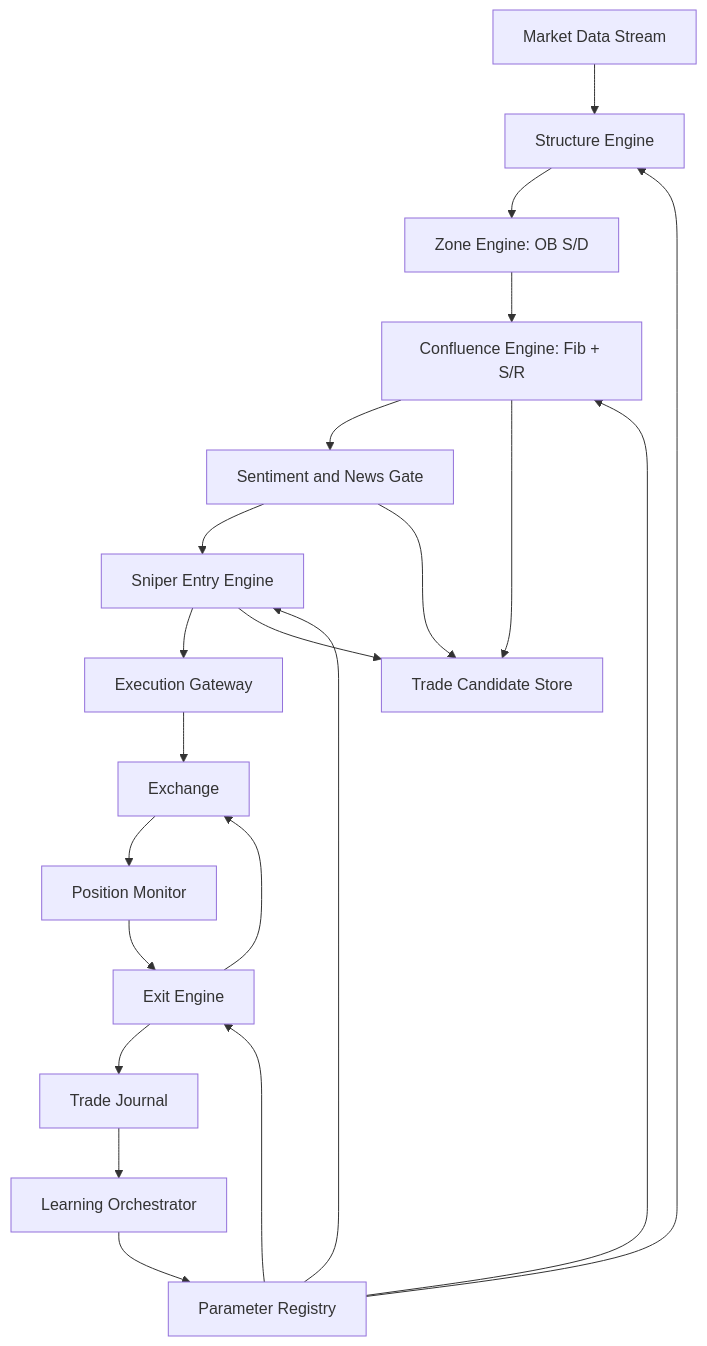
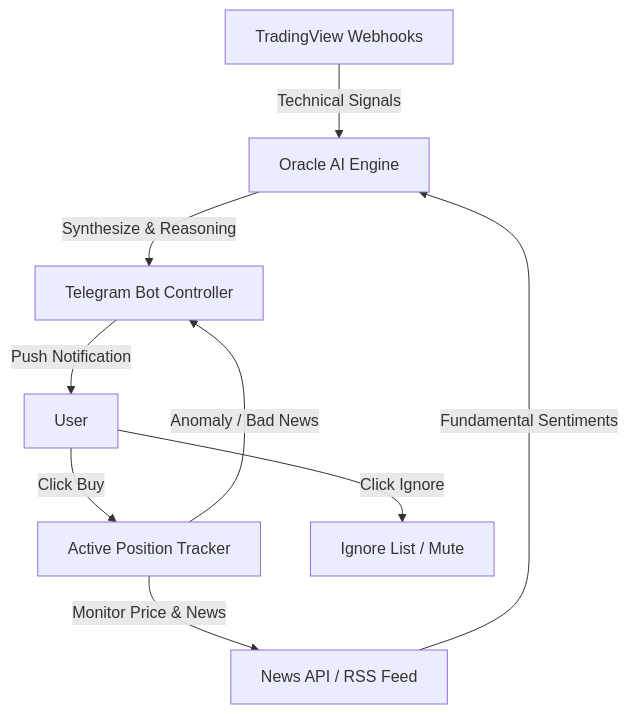
Before and after one commit to fatidaprilian/project-oracle: the diagram in docs/architecture.md, drawn with Mermaid. The commit also changed other lines of this file and 26 other files, not shown here.

Commit message:
feat(pivot): clean legacy crypto engine and establish Telegram-Driven Stock Signal engine

````diff
--- a/docs/architecture.md
+++ b/docs/architecture.md
@@ -21,25 +14,15 @@
 ```mermaid
 flowchart TD
-    A[Market Data Stream] --> B[Structure Engine]
-    B --> C[Zone Engine: OB S/D]
-    C --> D[Confluence Engine: Fib + S/R]
-    D --> E[Sentiment and News Gate]
-    E --> F[Sniper Entry Engine]
-    F --> G[Execution Gateway]
-    G --> H[Exchange]
-
-    H --> I[Position Monitor]
-    I --> J[Exit Engine]
-    J --> H
-
-    D --> K[Trade Candidate Store]
-    E --> K
-    F --> K
-    J --> L[Trade Journal]
-    L --> M[Learning Orchestrator]
-    M --> N[Parameter Registry]
-    N --> B
-    N --> D
-    N --> F
-    N --> J
+    A[TradingView Webhooks] -->|Technical Signals| C[Oracle AI Engine]
+    B[News API / RSS Feed] -->|Fundamental Sentiments| C
+    
+    C -->|Synthesize & Reasoning| D[Telegram Bot Controller]
+    
+    D -->|Push Notification| E[User]
+    
+    E -->|Click Buy| F[Active Position Tracker]
+    E -->|Click Ignore| G[Ignore List / Mute]
+    
+    F -->|Monitor Price & News| B
+    F -->|Anomaly / Bad News| D
 ```
````
